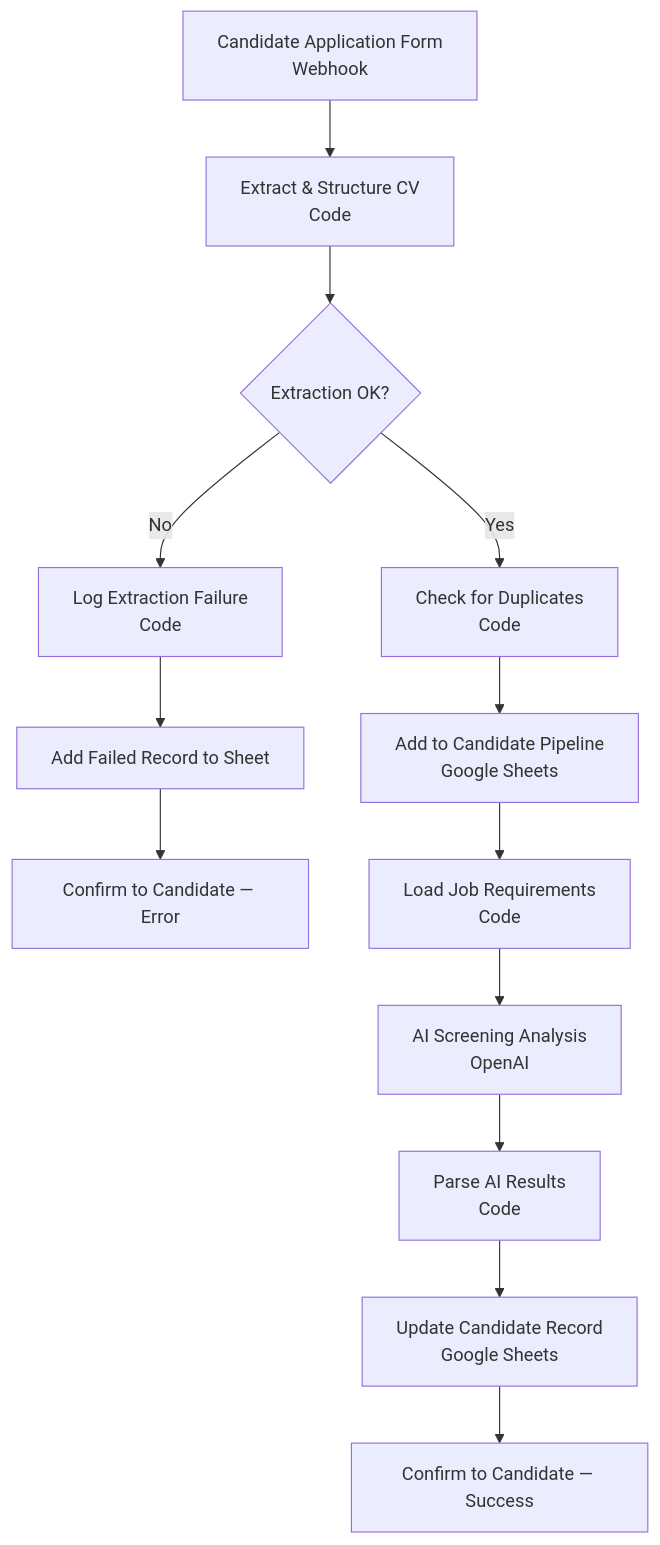
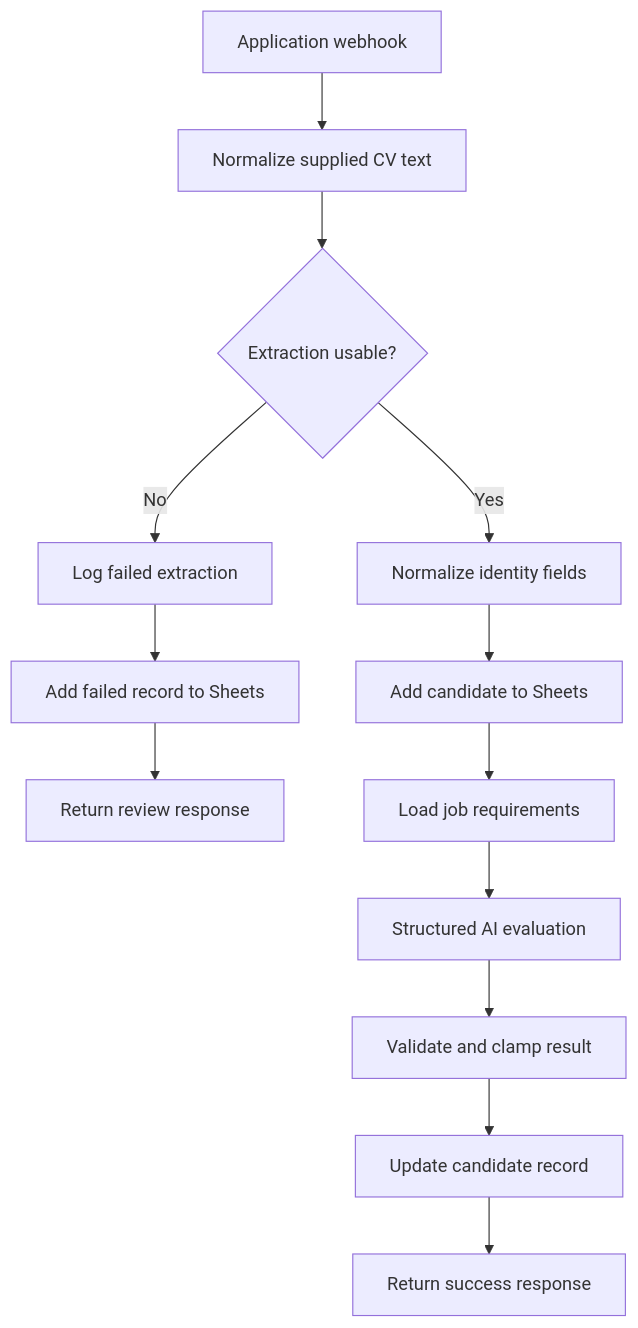
The diagram in README.md (oyekola-ololade/cv-screening-automation), drawn with Mermaid before and after one commit. The commit also changed other lines of this file and 3 other files, not shown here.

````diff
--- a/README.md
+++ b/README.md
@@ -14,15 +32,15 @@
 ```mermaid
 flowchart TD
-    A[Candidate Application Form<br/>Webhook] --> B[Extract & Structure CV<br/>Code]
-    B --> C{Extraction OK?}
-    C -- No --> D[Log Extraction Failure<br/>Code]
-    D --> E[Add Failed Record to Sheet]
-    E --> F[Confirm to Candidate — Error]
-    C -- Yes --> G[Check for Duplicates<br/>Code]
-    G --> H[Add to Candidate Pipeline<br/>Google Sheets]
-    H --> I[Load Job Requirements<br/>Code]
-    I --> J[AI Screening Analysis<br/>OpenAI]
-    J --> K[Parse AI Results<br/>Code]
-    K --> L[Update Candidate Record<br/>Google Sheets]
-    L --> M[Confirm to Candidate — Success]
+    A[Application webhook] --> B[Normalize supplied CV text]
+    B --> C{Extraction usable?}
+    C -- No --> D[Log failed extraction]
+    D --> E[Add failed record to Sheets]
+    E --> F[Return review response]
+    C -- Yes --> G[Normalize identity fields]
+    G --> H[Add candidate to Sheets]
+    H --> I[Load job requirements]
+    I --> J[Structured AI evaluation]
+    J --> K[Validate and clamp result]
+    K --> L[Update candidate record]
+    L --> M[Return success response]
 ```
````
